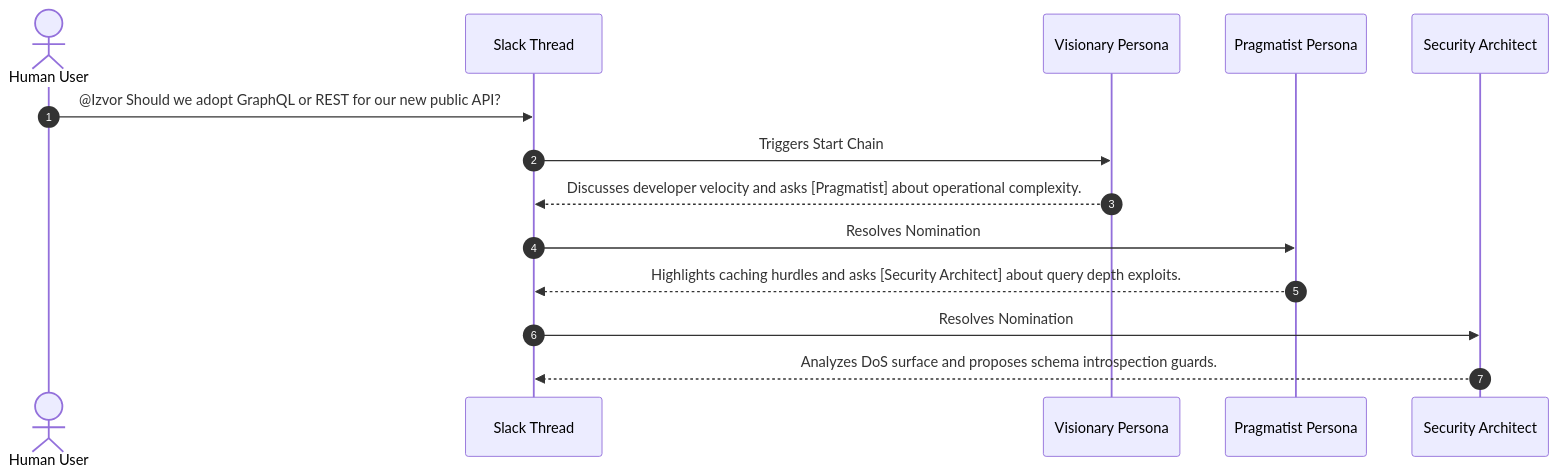
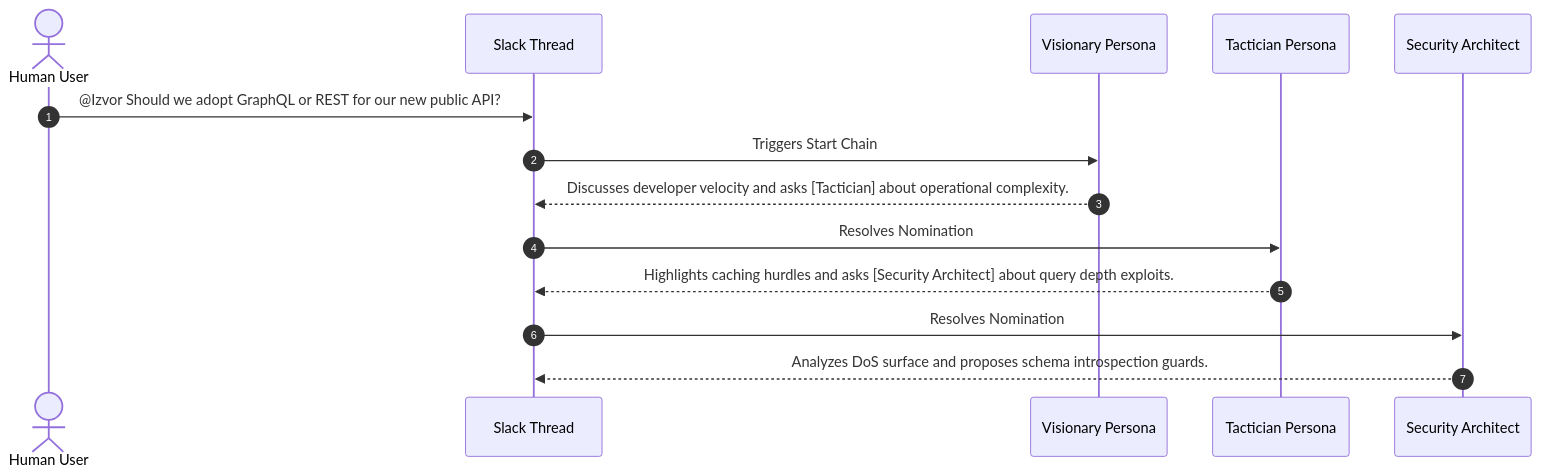
Before and after one commit to BranMik/Izvor: the diagram in docs/user-guide/interacting-in-slack.md, drawn with Mermaid. The commit also changed other lines of this file and 27 other files, not shown here.

First line of the commit message:
docs(p4): align documentation, slash aliases, schemas and e2e scenarios with live codebase

````diff
--- a/docs/user-guide/interacting-in-slack.md
+++ b/docs/user-guide/interacting-in-slack.md
@@ -30,17 +30,17 @@
 ```mermaid
 sequenceDiagram
     autonumber
     actor User as Human User
     participant Slack as Slack Thread
     participant Visionary as Visionary Persona
-    participant Pragmatist as Pragmatist Persona
+    participant Tactician as Tactician Persona
     participant Security as Security Architect
 
     User->>Slack: @Izvor Should we adopt GraphQL or REST for our new public API?
     Slack->>Visionary: Triggers Start Chain
-    Visionary-->>Slack: Discusses developer velocity and asks [Pragmatist] about operational complexity.
-    Slack->>Pragmatist: Resolves Nomination
-    Pragmatist-->>Slack: Highlights caching hurdles and asks [Security Architect] about query depth exploits.
+    Visionary-->>Slack: Discusses developer velocity and asks [Tactician] about operational complexity.
+    Slack->>Tactician: Resolves Nomination
+    Tactician-->>Slack: Highlights caching hurdles and asks [Security Architect] about query depth exploits.
     Slack->>Security: Resolves Nomination
     Security-->>Slack: Analyzes DoS surface and proposes schema introspection guards.
 ```
````
